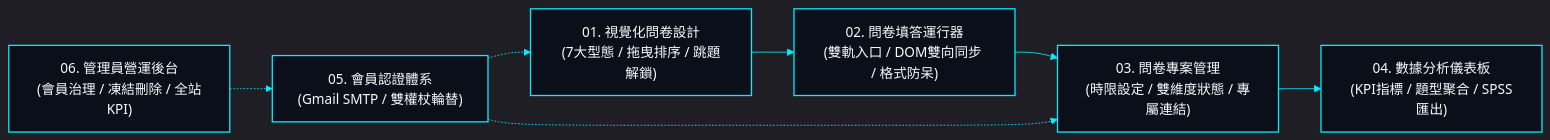
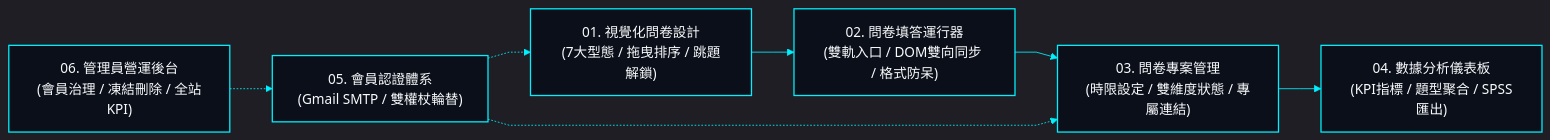
The diagram in docs/system-design/01-overview.md (EricXJason/survey-flow), drawn with Mermaid before and after one commit. The commit also changed 10 other files, not shown here.

Commit message:
chore(release): unify sci-fi hud mermaid diagrams across all docs

````diff
--- a/docs/system-design/01-overview.md
+++ b/docs/system-design/01-overview.md
@@ -34,17 +34,17 @@
 ```mermaid
-%%{init: {'theme': 'dark', 'themeVariables': { 'darkMode': true, 'background': '#030712', 'primaryColor': '#0b0f19', 'primaryTextColor': '#f8fafc', 'primaryBorderColor': '#00f0ff', 'lineColor': '#00f0ff', 'edgeLabelBackground': 'transparent', 'fontFamily': 'system-ui, sans-serif' }}}%%
+%%{init: {'theme': 'dark', 'themeVariables': { 'darkMode': true, 'background': '#030712', 'primaryColor': '#0b0f19', 'primaryTextColor': '#f8fafc', 'primaryBorderColor': '#00f0ff', 'lineColor': '#00f0ff', 'textColor': '#f8fafc', 'edgeLabelBackground': 'transparent' }, 'themeCSS': '.edgeLabel, .edgeLabel rect, .edgeLabel span, .labelBkg { background: transparent !important; background-color: transparent !important; fill: transparent !important; border: none !important; } .edgeLabel, .edgeLabel span { color: #ffffff !important; fill: #ffffff !important; font-weight: 500 !important; } rect, .node rect, polygon { rx: 0px !important; ry: 0px !important; }', 'flowchart': { 'curve': 'linear' } }}%%
 flowchart LR
     classDef hudCard fill:#0b0f19,stroke:#00f0ff,stroke-width:1.5px,color:#f8fafc,rx:0px,ry:0px;
 
     M1["01. 視覺化問卷設計<br/>(7大型態 / 拖曳排序 / 跳題解鎖)"]:::hudCard
     M2["02. 問卷填答運行器<br/>(雙軌入口 / DOM雙向同步 / 格式防呆)"]:::hudCard
     M3["03. 問卷專案管理<br/>(時限設定 / 雙維度狀態 / 專屬連結)"]:::hudCard
     M4["04. 數據分析儀表板<br/>(KPI指標 / 題型聚合 / SPSS匯出)"]:::hudCard
     M5["05. 會員認證體系<br/>(Gmail SMTP / 雙權杖輪替)"]:::hudCard
     M6["06. 管理員營運後台<br/>(會員治理 / 凍結刪除 / 全站KPI)"]:::hudCard
 
     M1 --> M2 --> M3 --> M4
     M5 -.-> M1
     M5 -.-> M3
     M6 -.-> M5
 ```
````
